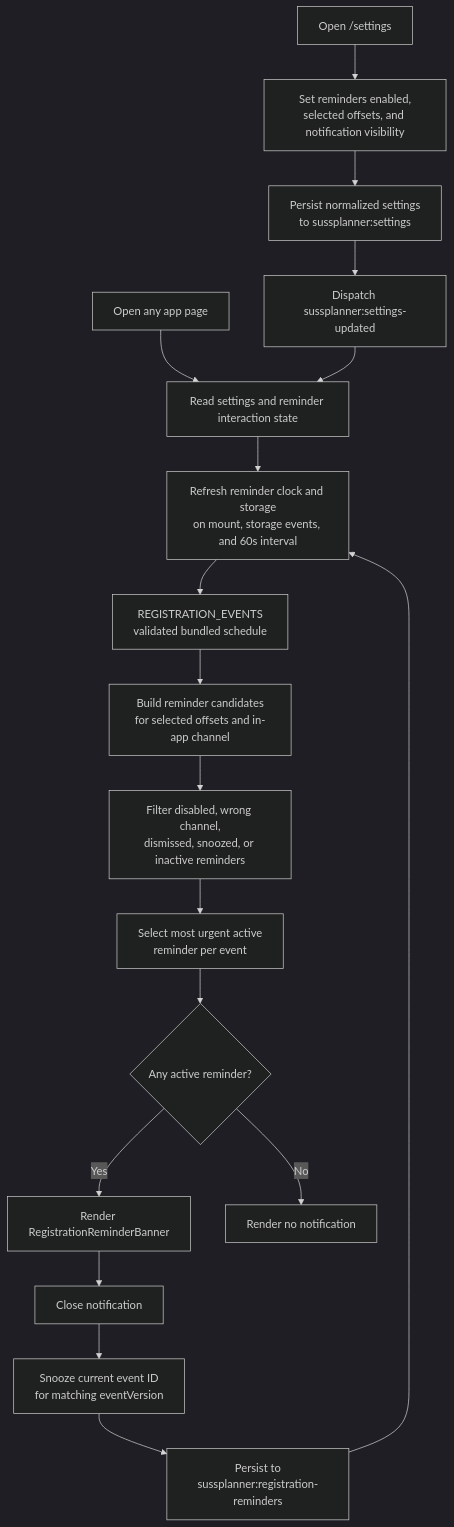
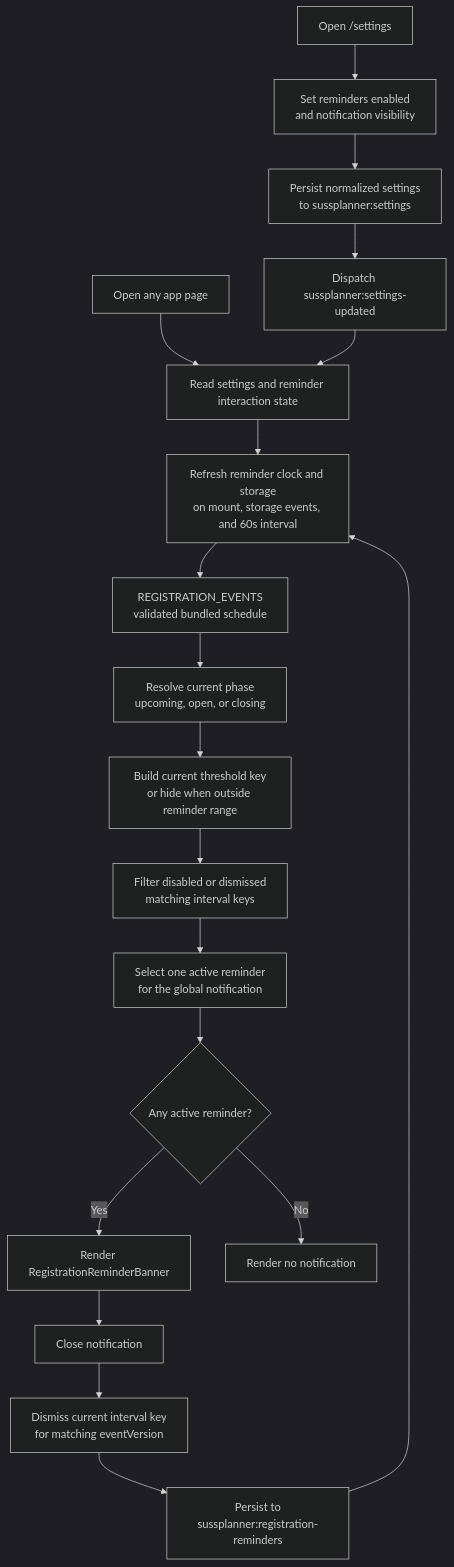
One commit to lester-td/SUSSplanner changed the sixth of 18 diagrams in docs/DeveloperGuide.md. Above: the diagram before and after it, drawn with Mermaid (dark theme). The commit also changed other lines of this file and 1 other file, not shown here.

````diff
--- a/docs/DeveloperGuide.md
+++ b/docs/DeveloperGuide.md
@@ -734,28 +736,29 @@
 ```mermaid
 flowchart TD
     Settings["Open /settings"]
-    Preferences["Set reminders enabled,<br/>selected offsets, and notification visibility"]
+    Preferences["Set reminders enabled<br/>and notification visibility"]
     SaveSettings["Persist normalized settings<br/>to sussplanner:settings"]
     NotifySettings["Dispatch sussplanner:settings-updated"]
     AppPage["Open any app page"]
     Hydrate["Read settings and reminder interaction state"]
     Tick["Refresh reminder clock and storage<br/>on mount, storage events, and 60s interval"]
     Schedule["REGISTRATION_EVENTS<br/>validated bundled schedule"]
-    Candidates["Build reminder candidates<br/>for selected offsets and in-app channel"]
-    Filter["Filter disabled, wrong channel,<br/>dismissed, snoozed, or inactive reminders"]
-    Urgent["Select most urgent active<br/>reminder per event"]
+    Phase["Resolve current phase<br/>upcoming, open, or closing"]
+    Threshold["Build current threshold key<br/>or hide when outside reminder range"]
+    Filter["Filter disabled or dismissed<br/>matching interval keys"]
+    Urgent["Select one active reminder<br/>for the global notification"]
     Notification{"Any active reminder?"}
     Render["Render RegistrationReminderBanner"]
     Hidden["Render no notification"]
     Close["Close notification"]
-    Snooze["Snooze current event ID<br/>for matching eventVersion"]
+    Dismiss["Dismiss current interval key<br/>for matching eventVersion"]
     SaveInteraction["Persist to<br/>sussplanner:registration-reminders"]
 
     Settings --> Preferences --> SaveSettings --> NotifySettings
     AppPage --> Hydrate --> Tick
     NotifySettings --> Hydrate
-    Tick --> Schedule --> Candidates --> Filter --> Urgent --> Notification
+    Tick --> Schedule --> Phase --> Threshold --> Filter --> Urgent --> Notification
     Notification -->|Yes| Render
     Notification -->|No| Hidden
-    Render --> Close --> Snooze --> SaveInteraction --> Tick
+    Render --> Close --> Dismiss --> SaveInteraction --> Tick
 ```
````
